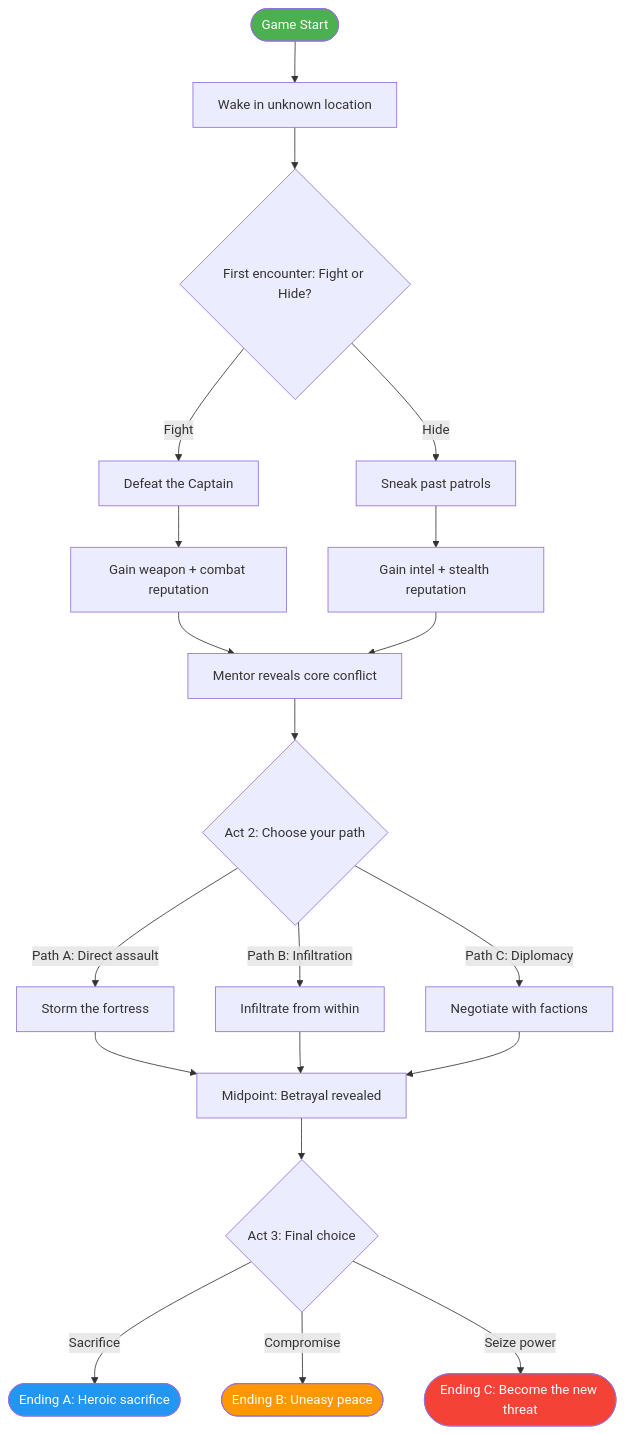
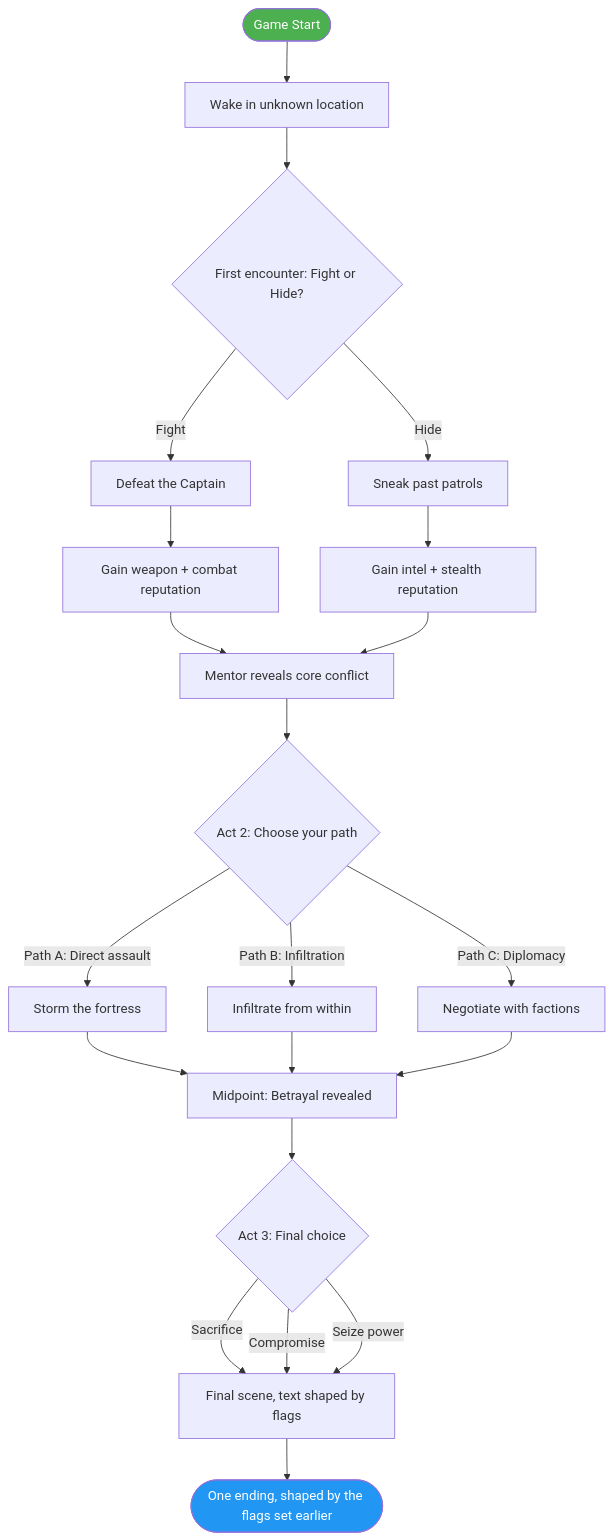
Before and after one commit to fcsouza/agent-skills: the diagram in skills/story-structure-game/templates/branching-diagram.md, drawn with Mermaid. The commit also changed other lines of this file and 2 other files, not shown here.

Commit message:
story-structure-game: test the paths left after cuts, one flag-shaped ending, 88,573 is a node count

````diff
--- a/skills/story-structure-game/templates/branching-diagram.md
+++ b/skills/story-structure-game/templates/branching-diagram.md
@@ -11,38 +11,37 @@
 ```mermaid
 flowchart TD
     START([Game Start]) --> BEAT_001[Wake in unknown location]
     BEAT_001 --> BEAT_002{First encounter: Fight or Hide?}
 
     %% Branch: Fight
     BEAT_002 -->|Fight| BEAT_002A[Defeat the Captain]
     BEAT_002A --> BEAT_002A_R[Gain weapon + combat reputation]
 
     %% Branch: Hide
     BEAT_002 -->|Hide| BEAT_002B[Sneak past patrols]
     BEAT_002B --> BEAT_002B_R[Gain intel + stealth reputation]
 
     %% Merge point
     BEAT_002A_R --> BEAT_003[Mentor reveals core conflict]
     BEAT_002B_R --> BEAT_003
 
     BEAT_003 --> ACT2{Act 2: Choose your path}
 
     ACT2 -->|Path A: Direct assault| ACT2_A[Storm the fortress]
     ACT2 -->|Path B: Infiltration| ACT2_B[Infiltrate from within]
     ACT2 -->|Path C: Diplomacy| ACT2_C[Negotiate with factions]
 
     ACT2_A --> MIDPOINT[Midpoint: Betrayal revealed]
     ACT2_B --> MIDPOINT
     ACT2_C --> MIDPOINT
 
     MIDPOINT --> ACT3{Act 3: Final choice}
-    ACT3 -->|Sacrifice| ENDING_A([Ending A: Heroic sacrifice])
-    ACT3 -->|Compromise| ENDING_B([Ending B: Uneasy peace])
-    ACT3 -->|Seize power| ENDING_C([Ending C: Become the new threat])
+    ACT3 -->|Sacrifice| FINALE[Final scene, text shaped by flags]
+    ACT3 -->|Compromise| FINALE
+    ACT3 -->|Seize power| FINALE
+    FINALE --> ENDING([One ending, shaped by the flags set earlier])
 
     %% Styling
     style START fill:#4CAF50,color:#fff
-    style ENDING_A fill:#2196F3,color:#fff
-    style ENDING_B fill:#FF9800,color:#fff
-    style ENDING_C fill:#f44336,color:#fff
+    style ENDING fill:#2196F3,color:#fff
 ```
````
